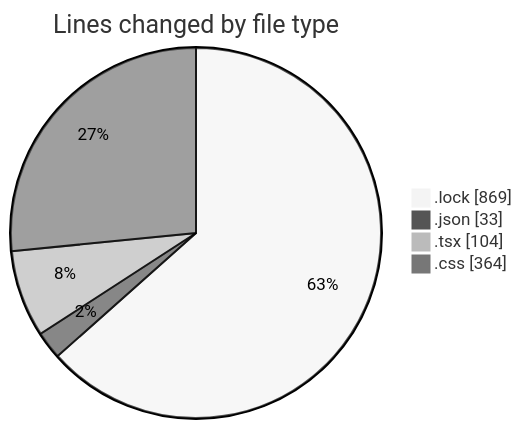
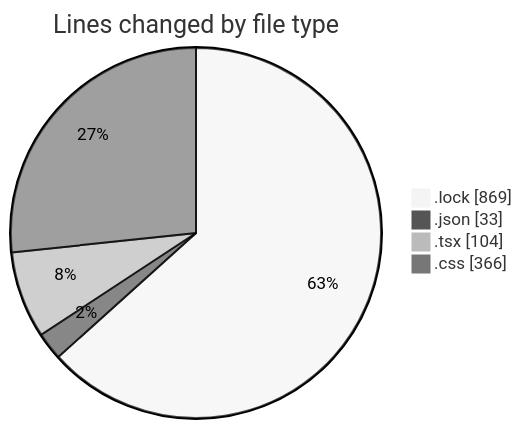
The first of 2 diagrams in 2025-07-27/vtuber/README.md (EIIisD/code-tracking), drawn with Mermaid (neutral theme) before and after one commit. The commit also changed other lines of this file and 1 other file, not shown here.

````diff
--- a/2025-07-27/vtuber/README.md
+++ b/2025-07-27/vtuber/README.md
@@ -24,8 +24,8 @@
 ```mermaid
 pie showData
 title Lines changed by file type
 ".lock" : 869
 ".json" : 33
 ".tsx" : 104
-".css" : 364
+".css" : 366
 ```
````
